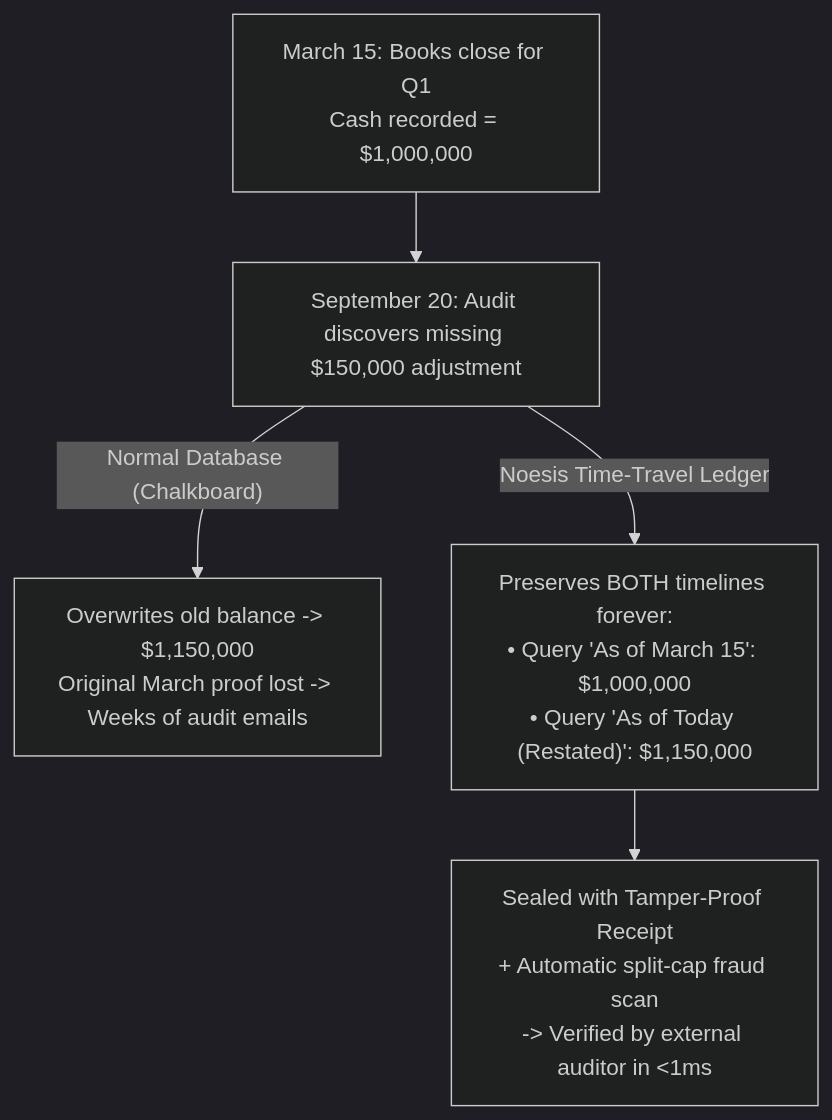
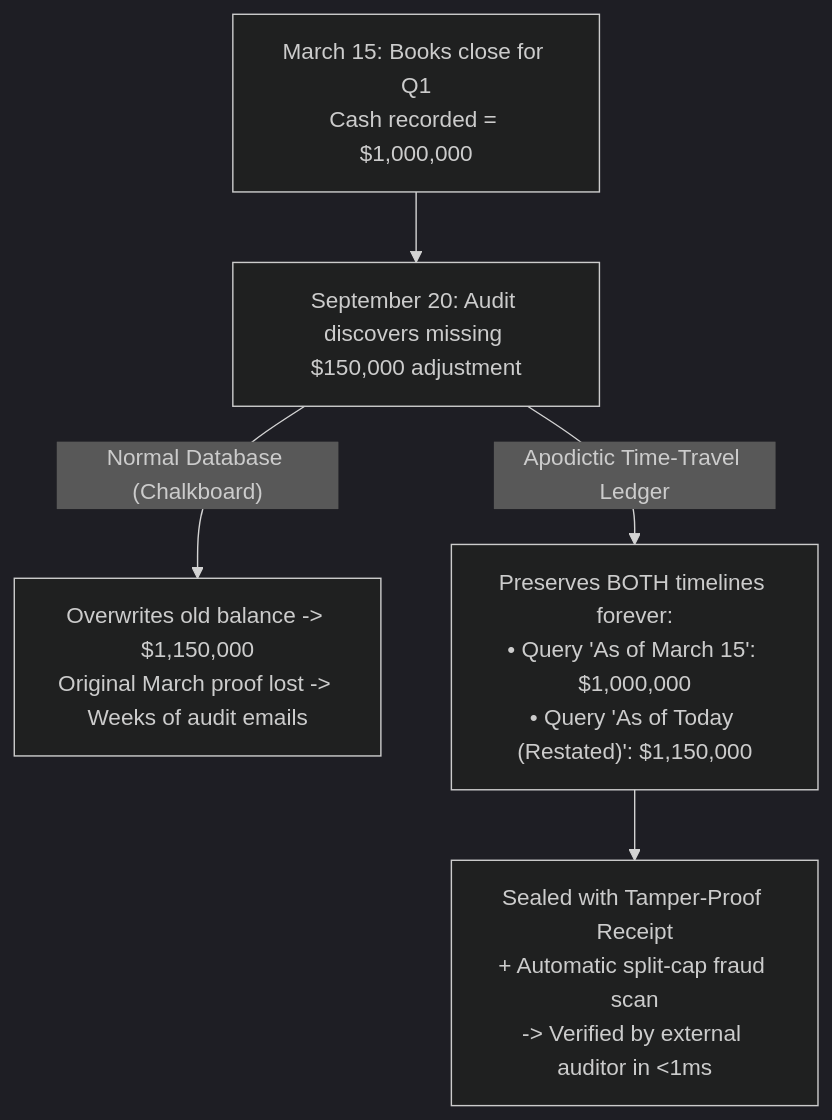
Before and after one commit to sofiantarek2009-hash/apodictic-verified-proofs: the diagram in gists/05-nontech-audit-in-one-second/01-TIME-TRAVEL-LEDGER.mermaid, drawn with Mermaid (dark theme). The commit also changed 61 other files, not shown here.

```diff
--- a/gists/05-nontech-audit-in-one-second/01-TIME-TRAVEL-LEDGER.mermaid
+++ b/gists/05-nontech-audit-in-one-second/01-TIME-TRAVEL-LEDGER.mermaid
@@ -1,5 +1,5 @@
 flowchart TD
     Q1["March 15: Books close for Q1\nCash recorded = $1,000,000"] --> Q3["September 20: Audit discovers missing $150,000 adjustment"]
     Q3 -->|"Normal Database (Chalkboard)"| OVERWRITE["Overwrites old balance -> $1,150,000\nOriginal March proof lost -> Weeks of audit emails"]
-    Q3 -->|"Noesis Time-Travel Ledger"| DUAL["Preserves BOTH timelines forever:\n• Query 'As of March 15': $1,000,000\n• Query 'As of Today (Restated)': $1,150,000"]
+    Q3 -->|"Apodictic Time-Travel Ledger"| DUAL["Preserves BOTH timelines forever:\n• Query 'As of March 15': $1,000,000\n• Query 'As of Today (Restated)': $1,150,000"]
     DUAL --> SEAL["Sealed with Tamper-Proof Receipt\n+ Automatic split-cap fraud scan\n-> Verified by external auditor in <1ms"]
```
